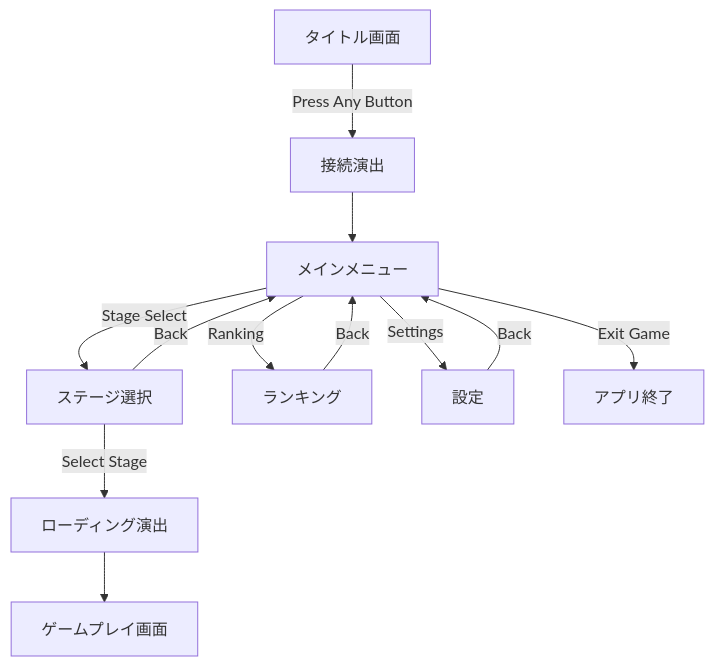
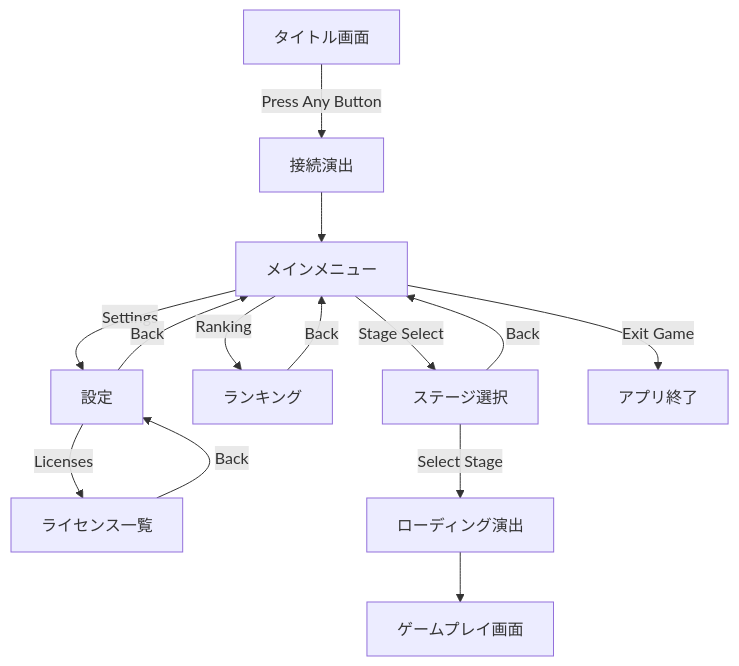
One commit to potatonecst/GeomeTRIo changed the diagram in spec/05_UI_Design.md. Above: the diagram before and after it, drawn with Mermaid. The commit also changed other lines of this file and 68 other files, not shown here.

````diff
--- a/spec/05_UI_Design.md
+++ b/spec/05_UI_Design.md
@@ -8,17 +8,19 @@
 ```mermaid
 graph TD
     Title[タイトル画面] -->|Press Any Button| Connection[接続演出]
     Connection --> Menu[メインメニュー]
     
     Menu -->|Stage Select| StageSelect[ステージ選択]
     Menu -->|Ranking| Ranking[ランキング]
     Menu -->|Settings| Settings[設定]
     Menu -->|Exit Game| Exit[アプリ終了]
+    Settings -->|Licenses| LicenseMenu[ライセンス一覧]
     
     StageSelect -->|Back| Menu
     StageSelect -->|Select Stage| Loading[ローディング演出]
     Loading --> Game[ゲームプレイ画面]
     
     Ranking -->|Back| Menu
     Settings -->|Back| Menu
+    LicenseMenu -->|Back| Settings
 ```
````
